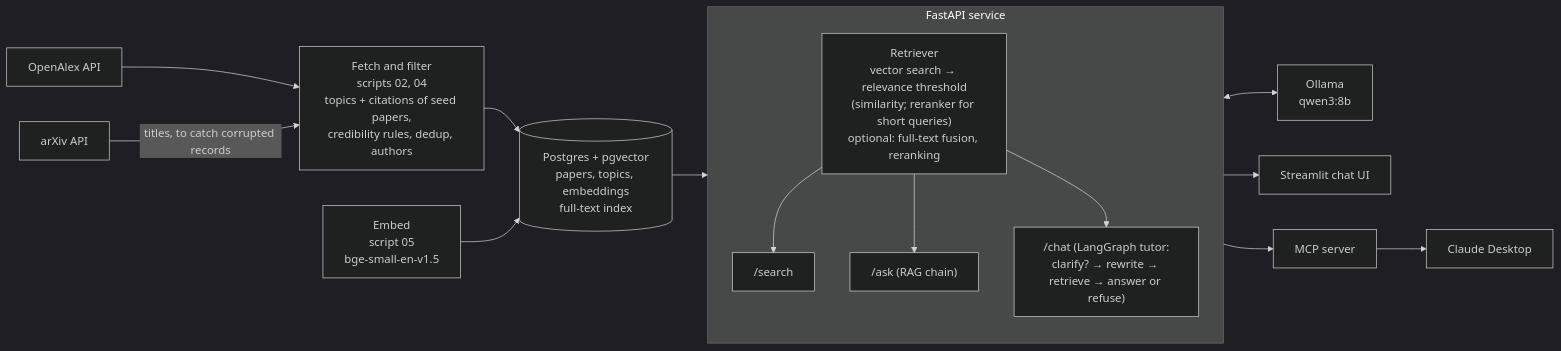
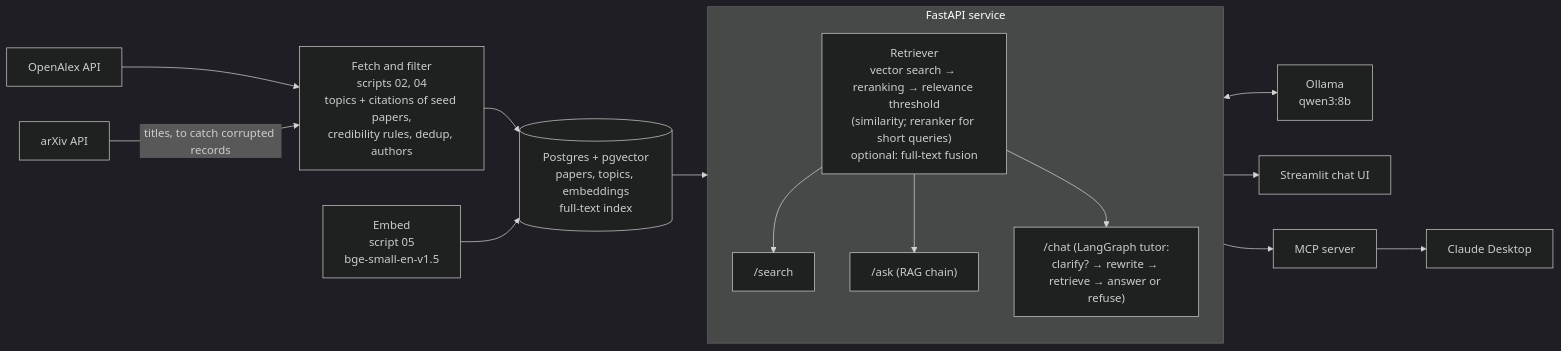
The diagram in README.md (AymenFeki/paper-tutor), drawn with Mermaid (dark theme) before and after one commit. The commit also changed other lines of this file and 2 other files, not shown here.

Commit message:
Turn on reranking based on full pooled judgments; update README

````diff
--- a/README.md
+++ b/README.md
@@ -20,24 +20,24 @@
 ```mermaid
 flowchart LR
     OA[OpenAlex API] --> FETCH["Fetch and filter<br/>scripts 02, 04<br/>topics + citations of seed papers,<br/>credibility rules, dedup, authors"]
     AX[arXiv API] -->|titles, to catch corrupted records| FETCH
     FETCH --> DB[("Postgres + pgvector<br/>papers, topics, embeddings<br/>full-text index")]
     EMB["Embed<br/>script 05<br/>bge-small-en-v1.5"] --> DB
 
     subgraph API["FastAPI service"]
         direction TB
-        RET["Retriever<br/>vector search → relevance threshold<br/>(similarity; reranker for short queries)<br/>optional: full-text fusion, reranking"]
+        RET["Retriever<br/>vector search → reranking → relevance threshold<br/>(similarity; reranker for short queries)<br/>optional: full-text fusion"]
         SEARCH["/search"]
         ASK["/ask (RAG chain)"]
         CHAT["/chat (LangGraph tutor:<br/>clarify? → rewrite → retrieve → answer or refuse)"]
         RET --> SEARCH
         RET --> ASK
         RET --> CHAT
     end
 
     DB --> API
     API <--> LLM["Ollama<br/>qwen3:8b"]
     API --> UI["Streamlit chat UI"]
     API --> MCP["MCP server"]
     MCP --> CD["Claude Desktop"]
 ```
````
